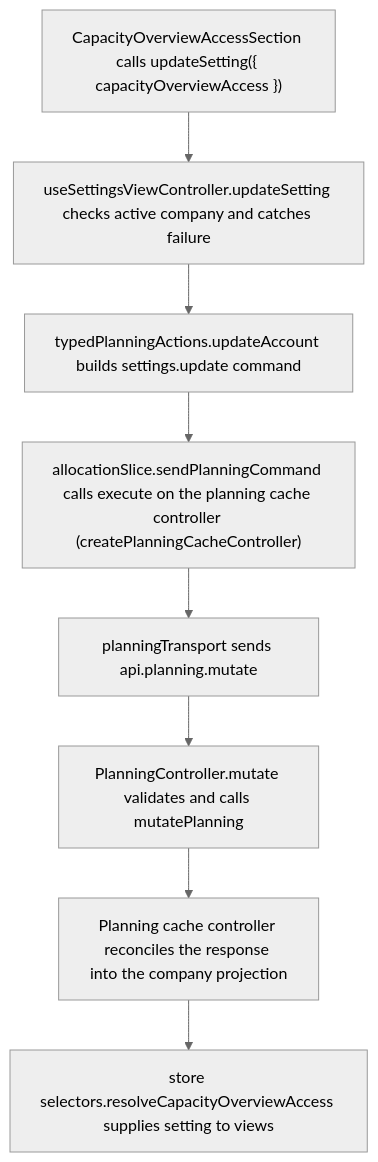
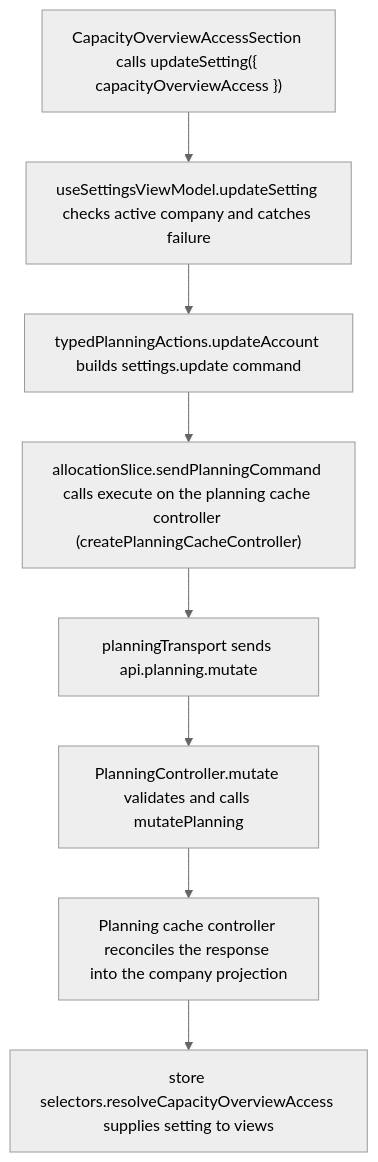
One commit to Kevinjohn/capacitylens changed the second of 2 diagrams in user-stories/settings/US-SET-21-overview-access.md. Above: the diagram before and after it, drawn with Mermaid (neutral theme). The commit also changed other lines of this file and 33 other files, not shown here.

First line of the commit message:
Controller to view model: rename the screen hooks

````diff
--- a/user-stories/settings/US-SET-21-overview-access.md
+++ b/user-stories/settings/US-SET-21-overview-access.md
@@ -29,10 +29,10 @@
 ```mermaid
 flowchart TD
-  control["CapacityOverviewAccessSection calls updateSetting({ capacityOverviewAccess })"] --> view["useSettingsViewController.updateSetting checks active company and catches failure"]
+  control["CapacityOverviewAccessSection calls updateSetting({ capacityOverviewAccess })"] --> view["useSettingsViewModel.updateSetting checks active company and catches failure"]
   view --> action["typedPlanningActions.updateAccount builds settings.update command"]
   action --> execute["allocationSlice.sendPlanningCommand calls execute on the planning cache controller (createPlanningCacheController)"]
   execute --> transport["planningTransport sends api.planning.mutate"]
   transport --> route["PlanningController.mutate validates and calls mutatePlanning"]
   route --> reply["Planning cache controller reconciles the response into the company projection"]
   reply --> read["store selectors.resolveCapacityOverviewAccess supplies setting to views"]
 ```
````
